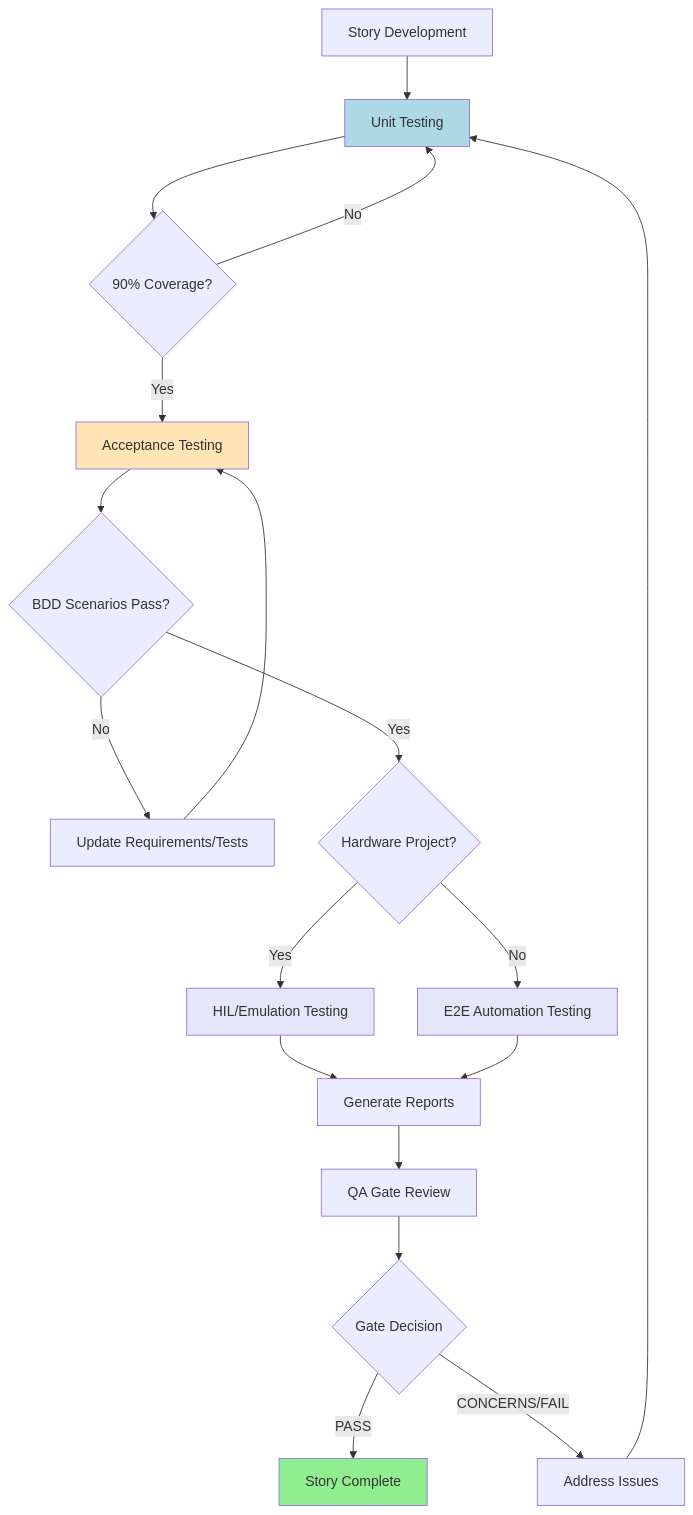
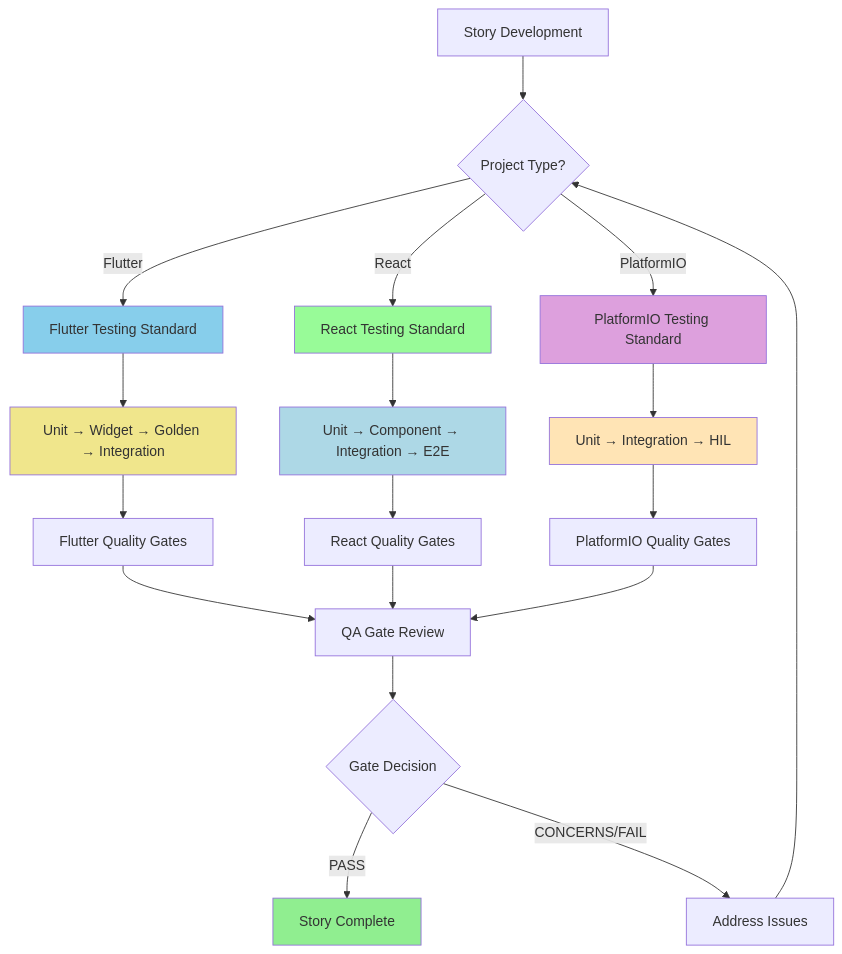
The diagram in docs/standards/sw-testing-standard.md (Cannasol-Tech/multi-sonicator-io), drawn with Mermaid before and after one commit. The commit also changed other lines of this file and 5013 other files, not shown here.

````diff
--- a/docs/standards/sw-testing-standard.md
+++ b/docs/standards/sw-testing-standard.md
@@ -195,26 +212,32 @@
 ```mermaid
 graph TD
-    A[Story Development] --> B[Unit Testing]
-    B --> C{90% Coverage?}
-    C -->|No| B
-    C -->|Yes| D[Acceptance Testing]
-    D --> E{BDD Scenarios Pass?}
-    E -->|No| F[Update Requirements/Tests]
-    F --> D
-    E -->|Yes| G{Hardware Project?}
-    G -->|Yes| H[HIL/Emulation Testing]
-    G -->|No| I[E2E Automation Testing]
-    H --> J[Generate Reports]
-    I --> J
-    J --> K[QA Gate Review]
-    K --> L{Gate Decision}
-    L -->|PASS| M[Story Complete]
-    L -->|CONCERNS/FAIL| N[Address Issues]
-    N --> B
-    
-    style M fill:#90EE90
-    style B fill:#ADD8E6
-    style D fill:#FFE4B5
-    style H fill:#E6E6FA
-    style I fill:#E6E6FA
+    A[Story Development] --> B{Project Type?}
+    B -->|Flutter| C[Flutter Testing Standard]
+    B -->|React| D[React Testing Standard]
+    B -->|PlatformIO| E[PlatformIO Testing Standard]
+
+    C --> F[Unit → Widget → Golden → Integration]
+    D --> G[Unit → Component → Integration → E2E]
+    E --> H[Unit → Integration → HIL]
+
+    F --> I[Flutter Quality Gates]
+    G --> J[React Quality Gates]
+    H --> K[PlatformIO Quality Gates]
+
+    I --> L[QA Gate Review]
+    J --> L
+    K --> L
+
+    L --> M{Gate Decision}
+    M -->|PASS| N[Story Complete]
+    M -->|CONCERNS/FAIL| O[Address Issues]
+    O --> B
+
+    style N fill:#90EE90
+    style C fill:#87CEEB
+    style D fill:#98FB98
+    style E fill:#DDA0DD
+    style F fill:#F0E68C
+    style G fill:#ADD8E6
+    style H fill:#FFE4B5
 ```
````
